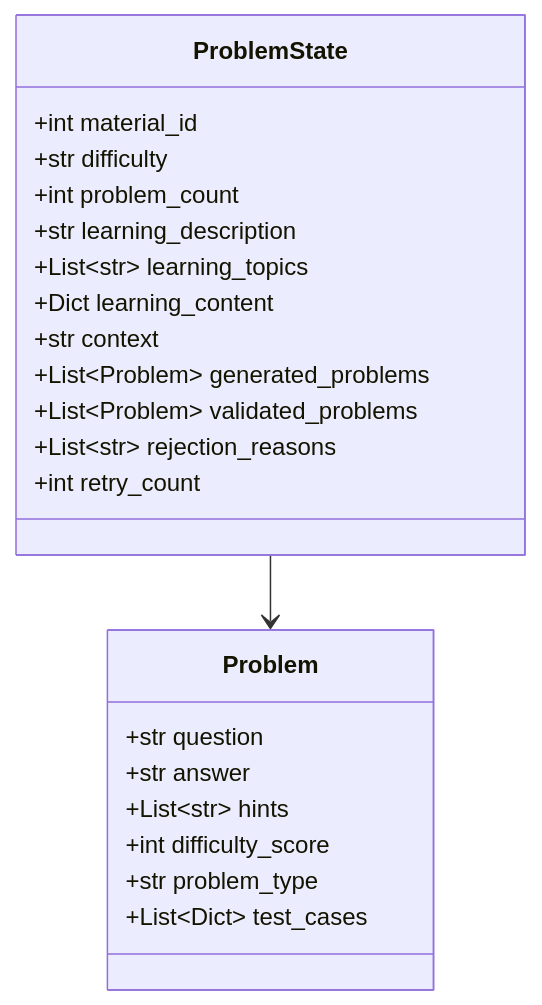
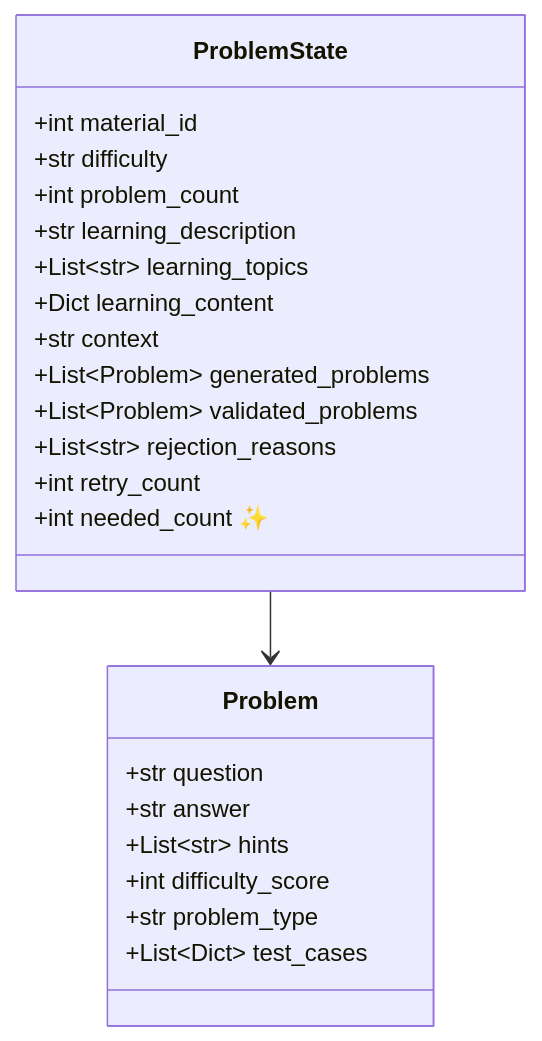
Before and after one commit to Kernel-edu-mentor/KDT_BE13_Toy_Project4: the second of 29 diagrams in python-server/PROBLEM_WORKFLOW.md, drawn with Mermaid. The commit also changed other lines of this file and 9 other files, not shown here.

````diff
--- a/python-server/PROBLEM_WORKFLOW.md
+++ b/python-server/PROBLEM_WORKFLOW.md
@@ -43,27 +45,28 @@
 ```mermaid
 classDiagram
     class ProblemState {
         +int material_id
         +str difficulty
         +int problem_count
         +str learning_description
         +List~str~ learning_topics
         +Dict learning_content
         +str context
         +List~Problem~ generated_problems
         +List~Problem~ validated_problems
         +List~str~ rejection_reasons
         +int retry_count
+        +int needed_count ✨
     }
 
     class Problem {
         +str question
         +str answer
         +List~str~ hints
         +int difficulty_score
         +str problem_type
         +List~Dict~ test_cases
     }
 
     ProblemState --> Problem
 ```
````
